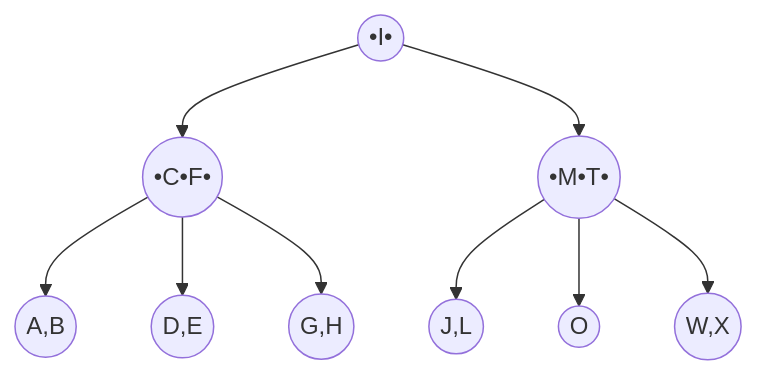
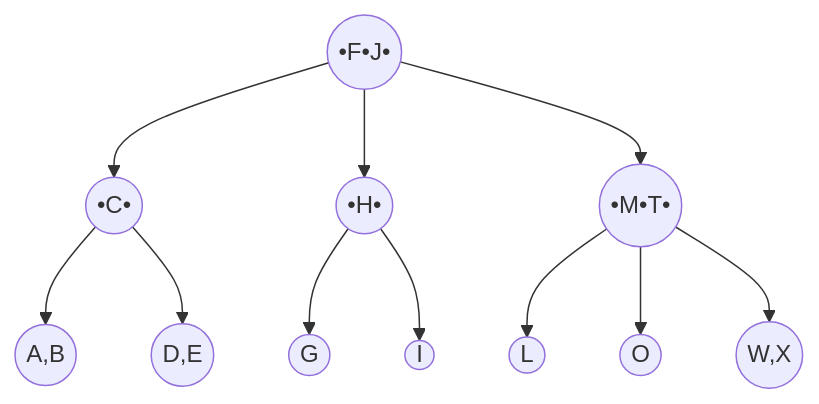
Before and after one commit to towfiq-rakin/rakinsarchive: the sixth of 7 diagrams in content/DBMS/DBMS Final Solution.md, drawn with Mermaid. The commit also changed other lines of this file, not shown here.

Commit message:
Quartz sync: Dec 16, 2025, 11:19 PM

````diff
--- a/content/DBMS/DBMS Final Solution.md
+++ b/content/DBMS/DBMS Final Solution.md
@@ -431,16 +431,19 @@
 ```mermaid
 flowchart TB
-	I(("•I•"))
-	CF(("•C•F•"))
+	FJ(("•F•J•"))
+	C(("•C•"))
+	H(("•H•"))
 	MT(("•M•T•"))
 	AB(("A,B"))
 	DE(("D,E"))
-	GH(("G,H"))
-	JL(("J,L"))
+	G(("G"))
+	I(("I"))
+	L(("L"))
 	O(("O"))
 	WX(("W,X"))
 	
-	I --> CF & MT
-	CF --> AB & DE & GH
-	MT --> JL & O & WX
+	FJ --> C & H & MT
+	C --> AB & DE
+	H --> G & I
+	MT --> L & O & WX
 ```
````
